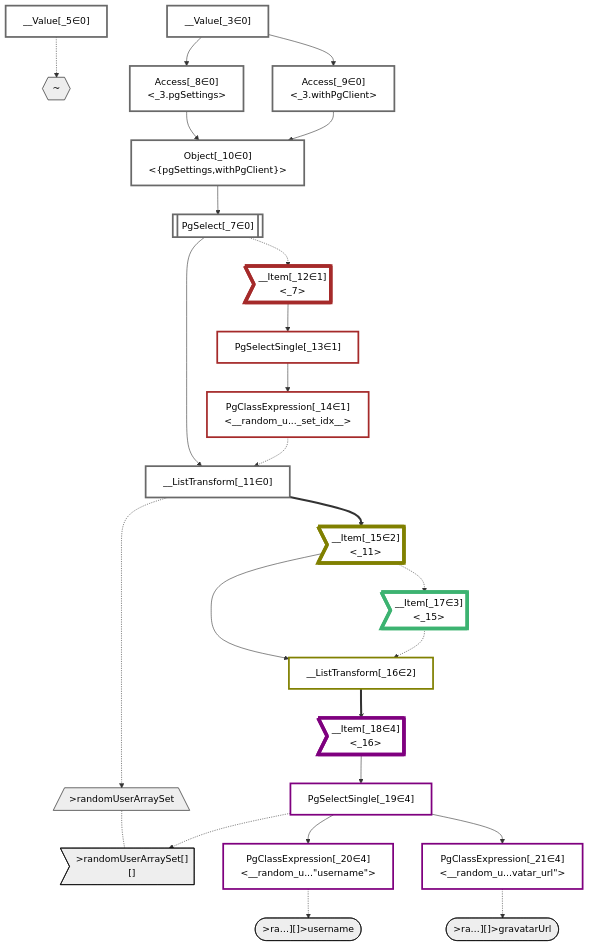
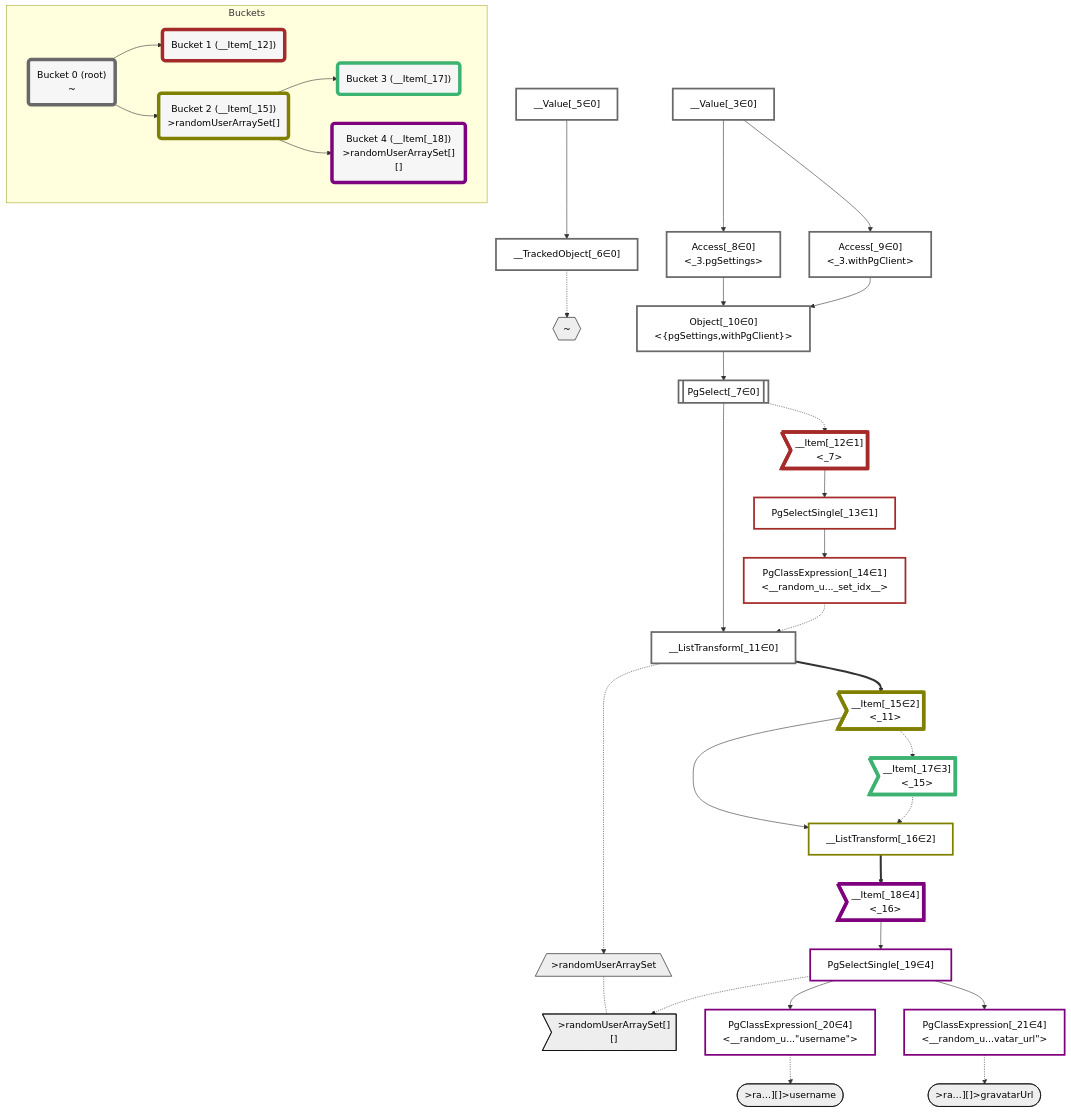
The diagram in packages/dataplan-pg/__tests__/queries/functions/custom-query-random-user-array-set.deopt.mermaid.md (graphile/crystal), drawn with Mermaid before and after one commit. The commit also changed 195 other files, not shown here.

````diff
--- a/packages/dataplan-pg/__tests__/queries/functions/custom-query-random-user-array-set.deopt.mermaid.md
+++ b/packages/dataplan-pg/__tests__/queries/functions/custom-query-random-user-array-set.deopt.mermaid.md
@@ -4,6 +4,7 @@
     classDef plan fill:#fff,stroke-width:3px,color:#000
     classDef itemplan fill:#fff,stroke-width:6px,color:#000
     classDef sideeffectplan fill:#f00,stroke-width:6px,color:#000
+    classDef bucket fill:#f6f6f6,color:#000,stroke-width:6px
 
     %% subgraph fields
     P1{{"~"}}:::path
@@ -20,6 +21,7 @@
     %% define plans
     __Value_3["__Value[_3∈0]<br /><context>"]:::plan
     __Value_5["__Value[_5∈0]<br /><rootValue>"]:::plan
+    __TrackedObject_6["__TrackedObject[_6∈0]"]:::plan
     PgSelect_7[["PgSelect[_7∈0]<br /><random_user_array_set>"]]:::plan
     Access_8["Access[_8∈0]<br /><_3.pgSettings>"]:::plan
     Access_9["Access[_9∈0]<br /><_3.withPgClient>"]:::plan
@@ -37,6 +39,7 @@
     PgClassExpression_21["PgClassExpression[_21∈4]<br /><__random_u...vatar_url#quot;>"]:::plan
 
     %% plan dependencies
+    __Value_5 --> __TrackedObject_6
     Object_10 --> PgSelect_7
     __Value_3 --> Access_8
     __Value_3 --> Access_9
@@ -57,7 +60,7 @@
     PgSelectSingle_19 --> PgClassExpression_21
 
     %% plan-to-path relationships
-    __Value_5 -.-> P1
+    __TrackedObject_6 -.-> P1
     __ListTransform_11 -.-> P2
     PgSelectSingle_19 -.-> P3
     PgClassExpression_20 -.-> P4
@@ -65,7 +68,7 @@
 
     %% allocate buckets
     classDef bucket0 stroke:#696969
-    class __Value_3,__Value_5,PgSelect_7,Access_8,Access_9,Object_10,__ListTransform_11 bucket0
+    class __Value_3,__Value_5,__TrackedObject_6,PgSelect_7,Access_8,Access_9,Object_10,__ListTransform_11 bucket0
     classDef bucket1 stroke:#a52a2a
     class __Item_12,PgSelectSingle_13,PgClassExpression_14 bucket1
     classDef bucket2 stroke:#808000
@@ -74,4 +77,21 @@
     class __Item_17 bucket3
     classDef bucket4 stroke:#7f007f
     class __Item_18,PgSelectSingle_19,PgClassExpression_20,PgClassExpression_21 bucket4
+
+    subgraph Buckets
+    Bucket0("Bucket 0 (root)<br />~"):::bucket
+    style Bucket0 stroke:#696969
+    Bucket1("Bucket 1 (__Item[_12])<br />"):::bucket
+    style Bucket1 stroke:#a52a2a
+    Bucket0 --> Bucket1
+    Bucket2("Bucket 2 (__Item[_15])<br />>randomUserArraySet[]"):::bucket
+    style Bucket2 stroke:#808000
+    Bucket0 --> Bucket2
+    Bucket3("Bucket 3 (__Item[_17])<br />"):::bucket
+    style Bucket3 stroke:#3cb371
+    Bucket2 --> Bucket3
+    Bucket4("Bucket 4 (__Item[_18])<br />>randomUserArraySet[][]"):::bucket
+    style Bucket4 stroke:#7f007f
+    Bucket2 --> Bucket4
+    end
 ```
````
